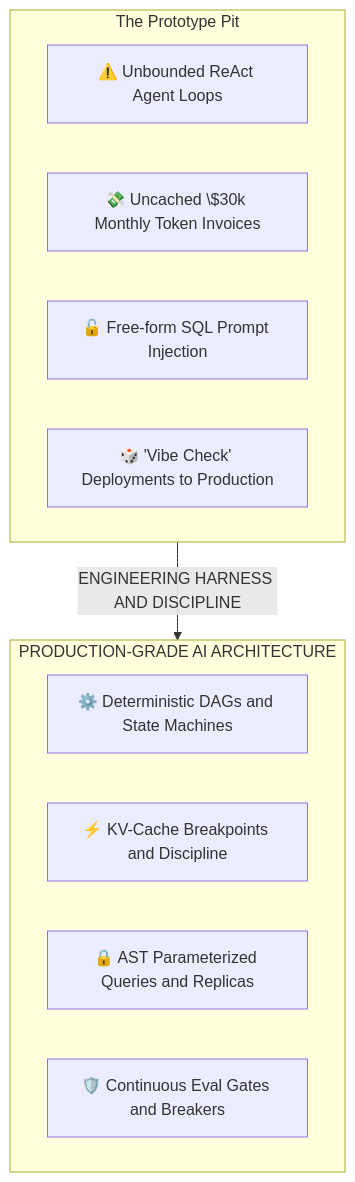
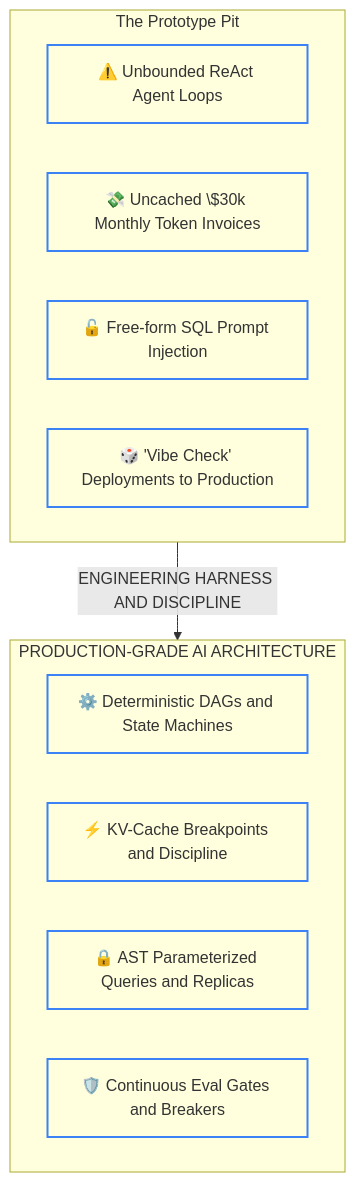
The first of 15 diagrams in resources/beginner-mistakes-cheatsheet.md (dip4k/senior-engineer-to-ai-engineer-roadmap), drawn with Mermaid before and after one commit. The commit also changed other lines of this file and 49 other files, not shown here.

First line of the commit message:
feat(curriculum): complete 2026 refactoring across roadmaps, use-cases, labs, and agent-forge

````diff
--- a/resources/beginner-mistakes-cheatsheet.md
+++ b/resources/beginner-mistakes-cheatsheet.md
@@ -7,18 +7,20 @@
 ```mermaid
 flowchart TD
     subgraph PrototypePit["The Prototype Pit"]
         P1["⚠️ Unbounded ReAct Agent Loops"]
         P2["💸 Uncached \$30k Monthly Token Invoices"]
         P3["🔓 Free-form SQL Prompt Injection"]
         P4["🎲 'Vibe Check' Deployments to Production"]
     end
 
     PrototypePit -- "ENGINEERING HARNESS AND DISCIPLINE" --> ProdReady
 
     subgraph ProdReady["PRODUCTION-GRADE AI ARCHITECTURE"]
         R1["⚙️ Deterministic DAGs and State Machines"]
         R2["⚡ KV-Cache Breakpoints and Discipline"]
         R3["🔒 AST Parameterized Queries and Replicas"]
         R4["🛡️ Continuous Eval Gates and Breakers"]
     end
+
+    classDef default fill:none,stroke:#3b82f6,stroke-width:2px;
 ```
````
